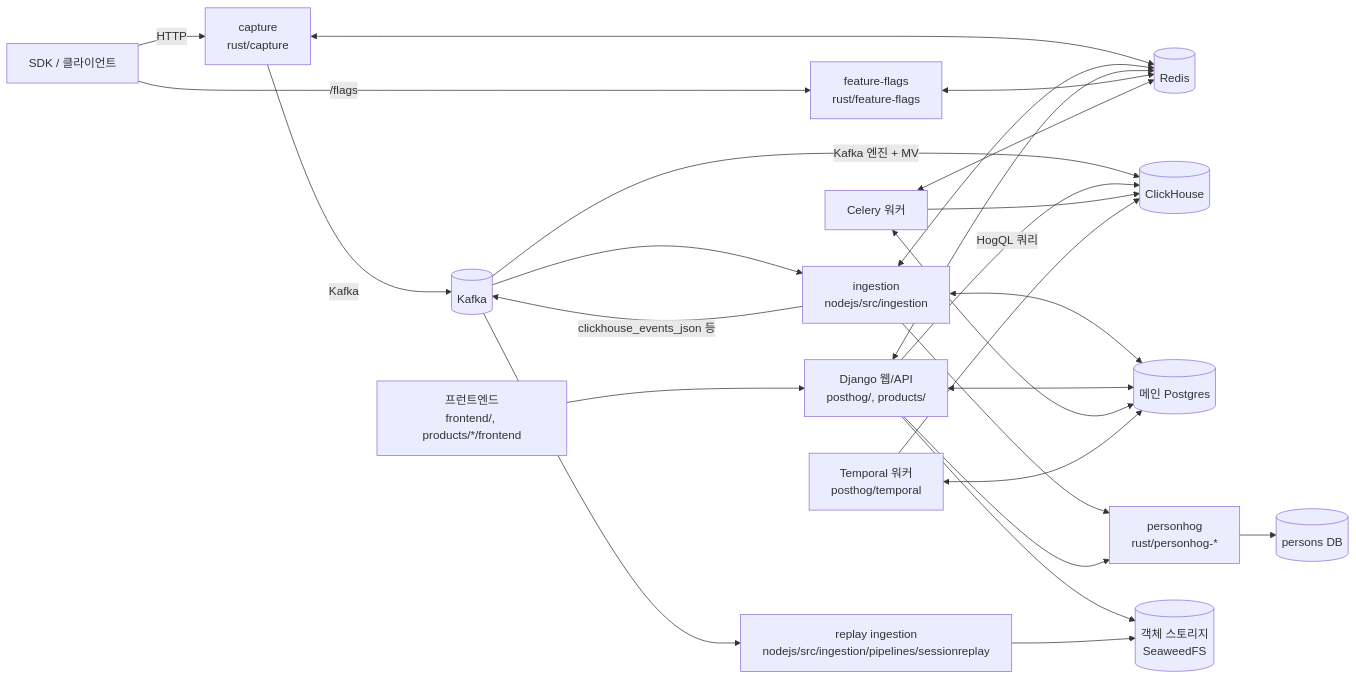
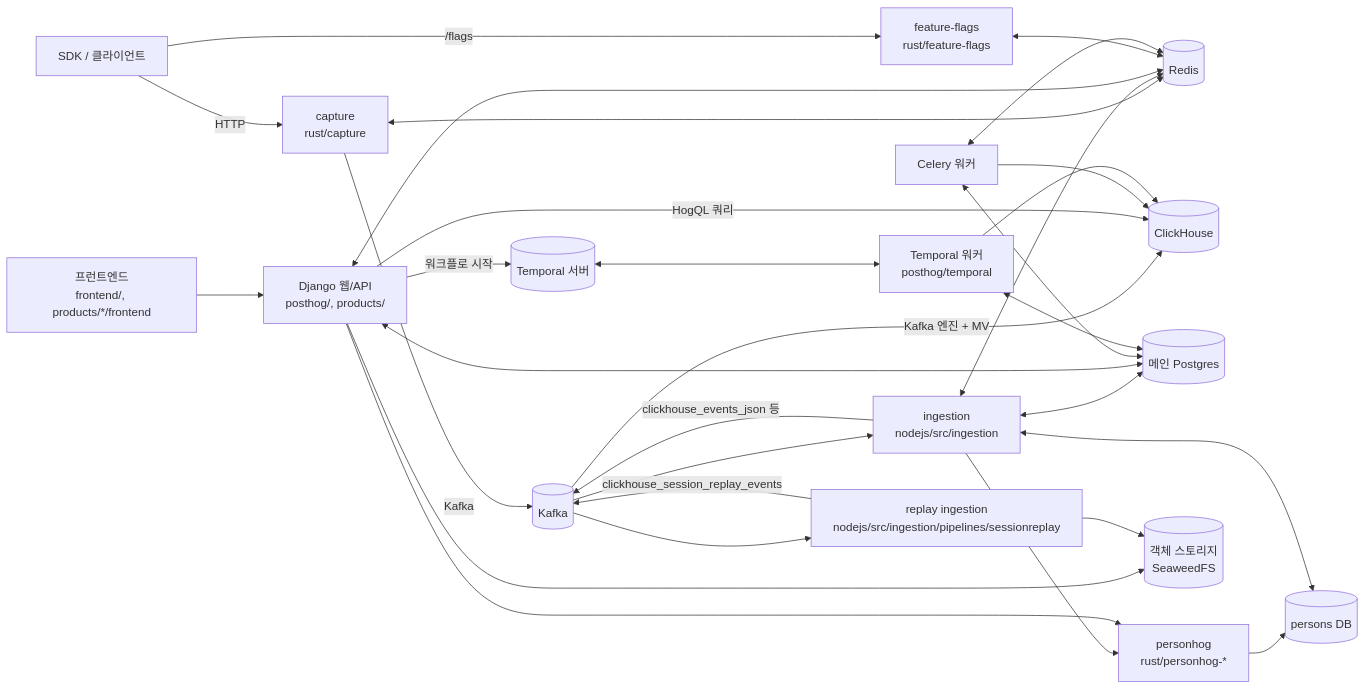
Before and after one commit to buzzni/buzzhog: the diagram in wiki/architecture.md, drawn with Mermaid. The commit also changed other lines of this file and 2 other files, not shown here.

````diff
--- a/wiki/architecture.md
+++ b/wiki/architecture.md
@@ -9,28 +9,32 @@
 ```mermaid
 flowchart LR
     SDK[SDK / 클라이언트] -->|HTTP| CAP[capture<br/>rust/capture]
     SDK -->|/flags| FLAGS[feature-flags<br/>rust/feature-flags]
     CAP -->|Kafka| K[(Kafka)]
     CAP <--> R[(Redis)]
     K --> ING[ingestion<br/>nodejs/src/ingestion]
     K --> REPLAY[replay ingestion<br/>nodejs/src/ingestion/pipelines/sessionreplay]
+    REPLAY -->|clickhouse_session_replay_events| K
     ING -->|clickhouse_events_json 등| K
     K -->|Kafka 엔진 + MV| CH[(ClickHouse)]
     ING <--> PG[(메인 Postgres)]
     ING <--> R
     ING --> PH[personhog<br/>rust/personhog-*]
     WEB[Django 웹/API<br/>posthog/, products/] <--> PG
     WEB --> PH
     PH --> PDB[(persons DB)]
+    ING <--> PDB
     WEB -->|HogQL 쿼리| CH
     WEB <--> R
     FLAGS <--> R
     CEL[Celery 워커] <--> R
     CEL <--> PG
     CEL --> CH
     TMP[Temporal 워커<br/>posthog/temporal] <--> PG
+    WEB -->|워크플로 시작| TS[(Temporal 서버)]
+    TS <--> TMP
     TMP --> CH
     WEB --> OBJ[(객체 스토리지<br/>SeaweedFS)]
     REPLAY --> OBJ
     FE[프런트엔드<br/>frontend/, products/*/frontend] --> WEB
 ```
````
